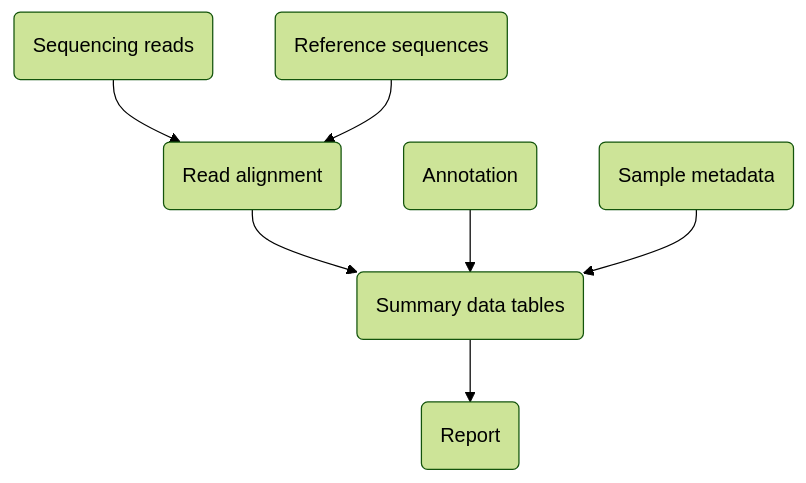
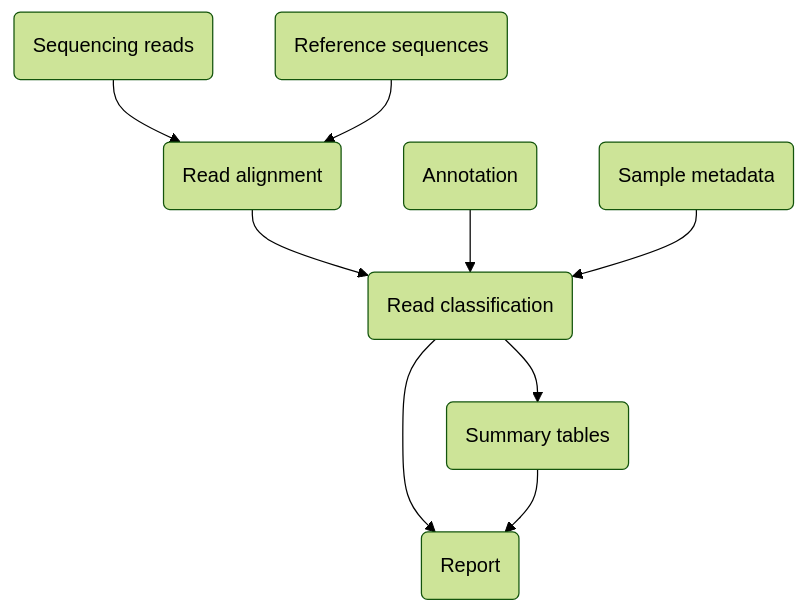
One commit to formbio/laava changed the diagram in workflows/laava/overview.md. Above: the diagram before and after it, drawn with Mermaid (forest theme). The commit also changed 3 other files, not shown here.

````diff
--- a/workflows/laava/overview.md
+++ b/workflows/laava/overview.md
@@ -10,10 +10,12 @@
 ``` mermaid
 graph TD
 
-seqreads(Sequencing reads) --> bam(Read alignment)
-refseqs(Reference sequences) --> bam
-bam --> sumtables(Summary data tables)
-anno(Annotation) --> sumtables
-meta(Sample metadata) --> sumtables
-sumtables --> report(Report)
+seqreads(Sequencing reads) --> map_reads(Read alignment)
+refseqs(Reference sequences) --> map_reads
+map_reads --> classify(Read classification)
+anno(Annotation) --> classify
+meta(Sample metadata) --> classify
+classify --> aggtables(Summary tables)
+classify --> report(Report)
+aggtables --> report(Report)
 ```
````
